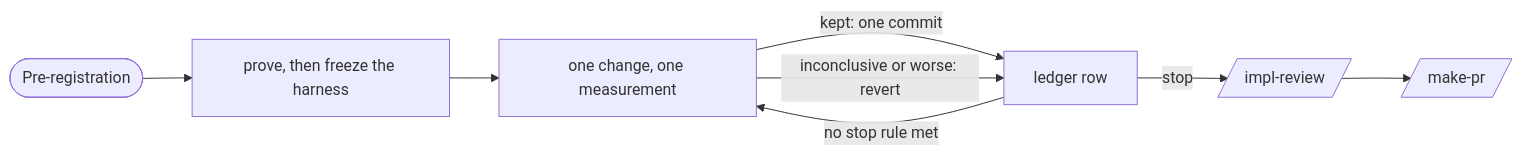
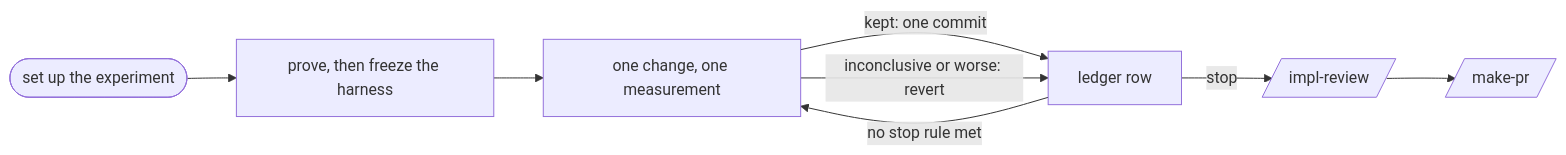
The fifth of 6 diagrams in plugins/flow-next/codex/docs/flow-next/pipeline-variations.md (glowElephant/flow-next), drawn with Mermaid before and after one commit. The commit also changed other lines of this file and 16 other files, not shown here.

````diff
--- a/plugins/flow-next/codex/docs/flow-next/pipeline-variations.md
+++ b/plugins/flow-next/codex/docs/flow-next/pipeline-variations.md
@@ -145,7 +145,7 @@
 ```mermaid
 flowchart LR
-    P([Pre-registration]) --> H[prove, then freeze the harness] --> A[one change, one measurement] -->|kept: one commit| L[ledger row]
+    P([set up the experiment]) --> H[prove, then freeze the harness] --> A[one change, one measurement] -->|kept: one commit| L[ledger row]
     A -->|inconclusive or worse: revert| L
     L -->|no stop rule met| A
     L -->|stop| Rev[/impl-review/] --> PR[/make-pr/]
 ```
````
